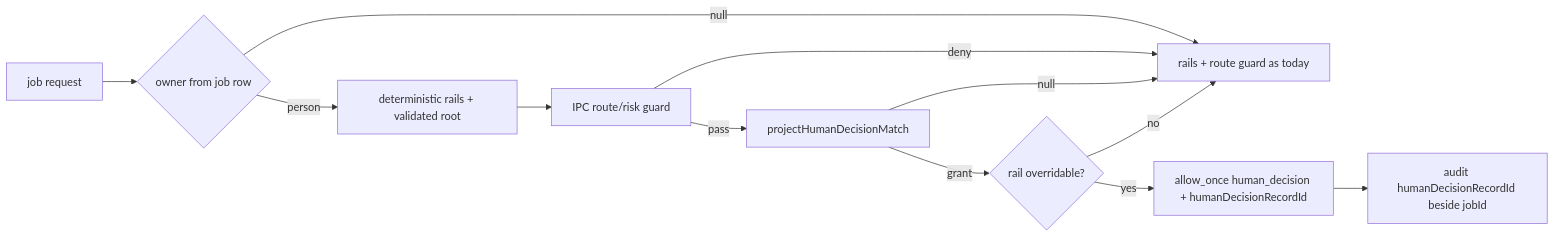
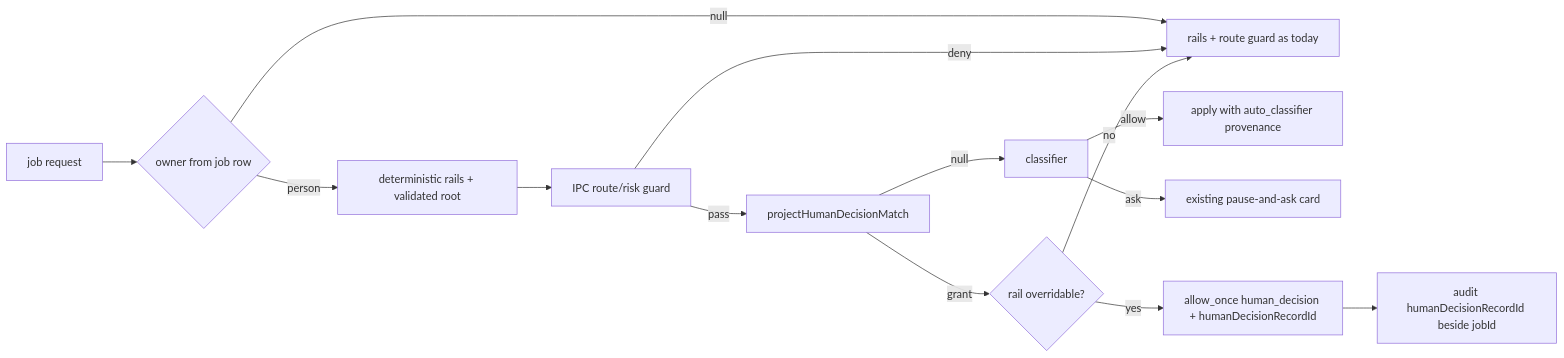
One commit to knacklabs/gantry changed the diagram in .factory/stories/ASKFLOOR-1/task-plans/ASKFLOOR-1-T4.md. Above: the diagram before and after it, drawn with Mermaid. The commit also changed other lines of this file and 3 other files, not shown here.

````diff
--- a/.factory/stories/ASKFLOOR-1/task-plans/ASKFLOOR-1-T4.md
+++ b/.factory/stories/ASKFLOOR-1/task-plans/ASKFLOOR-1-T4.md
@@ -51,14 +54,16 @@
 ```mermaid
 flowchart LR
   A[job request] --> B{owner from job row}
   B -- null --> R[rails + route guard as today]
   B -- person --> C[deterministic rails + validated root]
   C --> G0[IPC route/risk guard]
   G0 -- deny --> R
   G0 -- pass --> D[projectHumanDecisionMatch]
-  D -- null --> R
+  D -- null --> K[classifier]
+  K -- allow --> R2[apply with auto_classifier provenance]
+  K -- ask --> R3[existing pause-and-ask card]
   D -- grant --> E{rail overridable?}
   E -- no --> R
   E -- yes --> F[allow_once human_decision + humanDecisionRecordId]
   F --> G[audit humanDecisionRecordId beside jobId]
 ```
````
